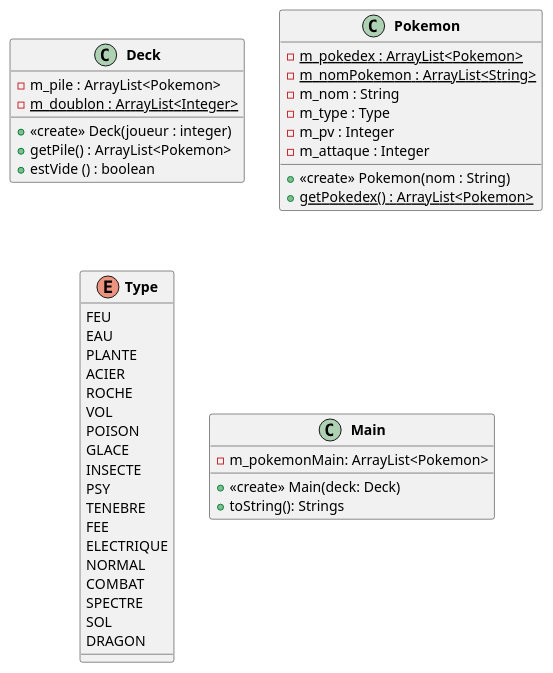
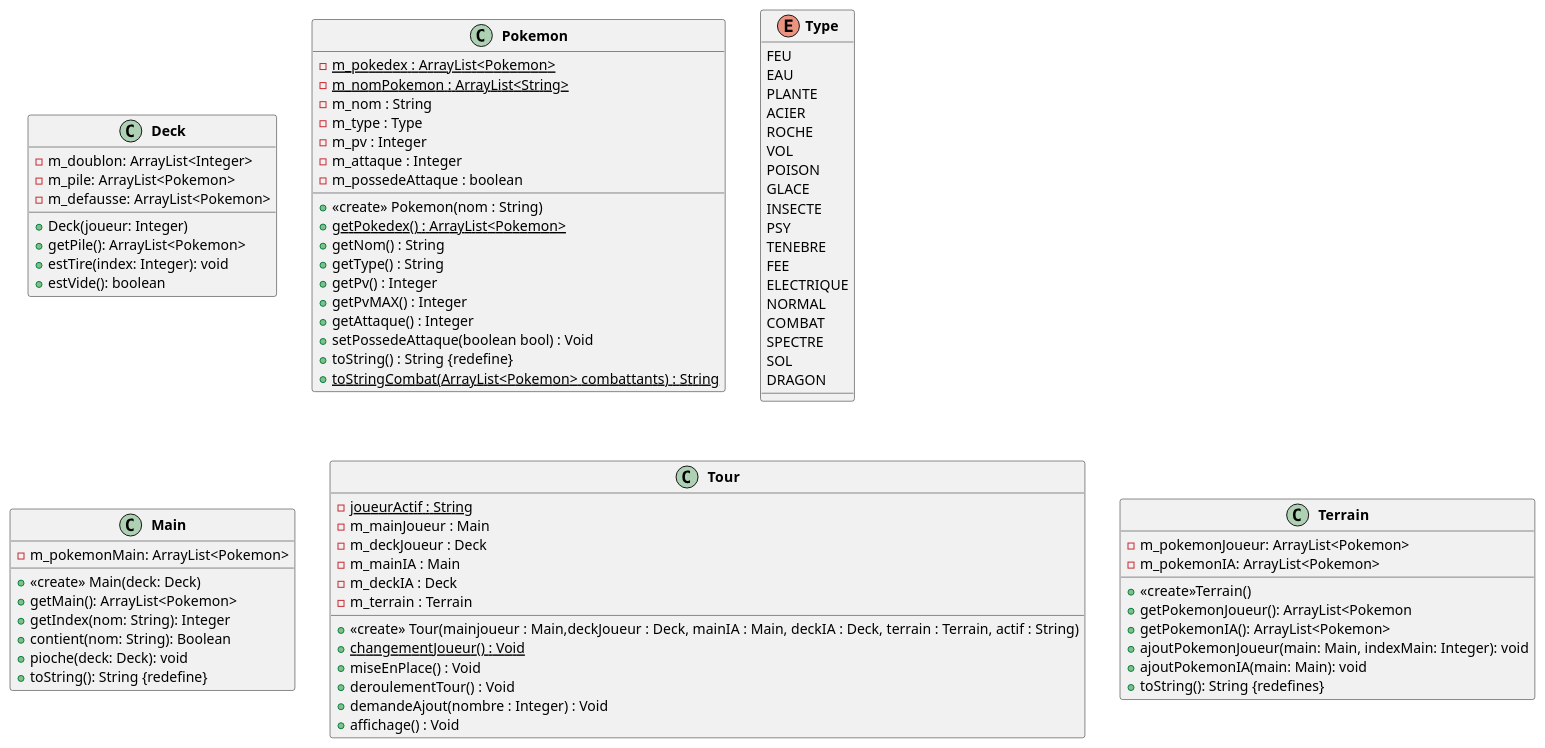
Before and after one commit to Dimensio305/Pookemon: the diagram in uml/semaine1.puml, drawn with PlantUML.

Commit message:
Modification et ajout des nouvelle class dans l'uml

```diff
--- a/uml/semaine1.puml
+++ b/uml/semaine1.puml
@@ -1,58 +1,102 @@
 @startuml
 'https://plantuml.com/class-diagram
 'skinparam classAttributeIconSize 0
 skinparam classFontStyle Bold
 'skinparam style strictuml
 
 class Deck
 {
-    -m_pile : ArrayList<Pokemon>
-    -{static} m_doublon : ArrayList<Integer>
-    +<<create>> Deck(joueur : integer)
-    +getPile() : ArrayList<Pokemon>
-    +estVide () : boolean
+    - m_doublon: ArrayList<Integer>
+    - m_pile: ArrayList<Pokemon>
+    - m_defausse: ArrayList<Pokemon>
+
+    + Deck(joueur: Integer)
+    + getPile(): ArrayList<Pokemon>
+    + estTire(index: Integer): void
+    + estVide(): boolean
 }
 
 class Pokemon
 {
     -{static} m_pokedex : ArrayList<Pokemon>
     -{static} m_nomPokemon : ArrayList<String>
     -m_nom : String
     -m_type : Type
     -m_pv : Integer
     -m_attaque : Integer
+    -m_possedeAttaque : boolean
 
     +<<create>> Pokemon(nom : String)
     + {static} getPokedex() : ArrayList<Pokemon>
+    + getNom() : String
+    + getType() : String
+    + getPv() : Integer
+    + getPvMAX() : Integer
+    + getAttaque() : Integer
+    + setPossedeAttaque(boolean bool) : Void
+    + toString() : String {redefine}
+    + {static} toStringCombat(ArrayList<Pokemon> combattants) : String
 }
 
 enum Type {
     FEU
     EAU
     PLANTE
     ACIER
     ROCHE
     VOL
     POISON
     GLACE
     INSECTE
     PSY
     TENEBRE
     FEE
     ELECTRIQUE
     NORMAL
     COMBAT
     SPECTRE
     SOL
     DRAGON
 }
 
 class Main
 {
     - m_pokemonMain: ArrayList<Pokemon>
+
     + <<create>> Main(deck: Deck)
-    + toString(): Strings
+    + getMain(): ArrayList<Pokemon>
+    + getIndex(nom: String): Integer
+    + contient(nom: String): Boolean
+    + pioche(deck: Deck): void
+    + toString(): String {redefine}
 }
 
+class Tour{
+    - {static} joueurActif : String
+    - m_mainJoueur : Main
+    - m_deckJoueur : Deck
+    - m_mainIA : Main
+    - m_deckIA : Deck
+    - m_terrain : Terrain
+
+    + <<create>> Tour(mainjoueur : Main,deckJoueur : Deck, mainIA : Main, deckIA : Deck, terrain : Terrain, actif : String)
+    + {static} changementJoueur() : Void
+    + miseEnPlace() : Void
+    + deroulementTour() : Void
+    + demandeAjout(nombre : Integer) : Void
+    + affichage() : Void
+}
+
+class Terrain{
+    - m_pokemonJoueur: ArrayList<Pokemon>
+    - m_pokemonIA: ArrayList<Pokemon>
+
+    + <<create>>Terrain()
+    + getPokemonJoueur(): ArrayList<Pokemon
+    + getPokemonIA(): ArrayList<Pokemon>
+    + ajoutPokemonJoueur(main: Main, indexMain: Integer): void
+    + ajoutPokemonIA(main: Main): void
+    + toString(): String {redefines}
+}
 
 @enduml
```
